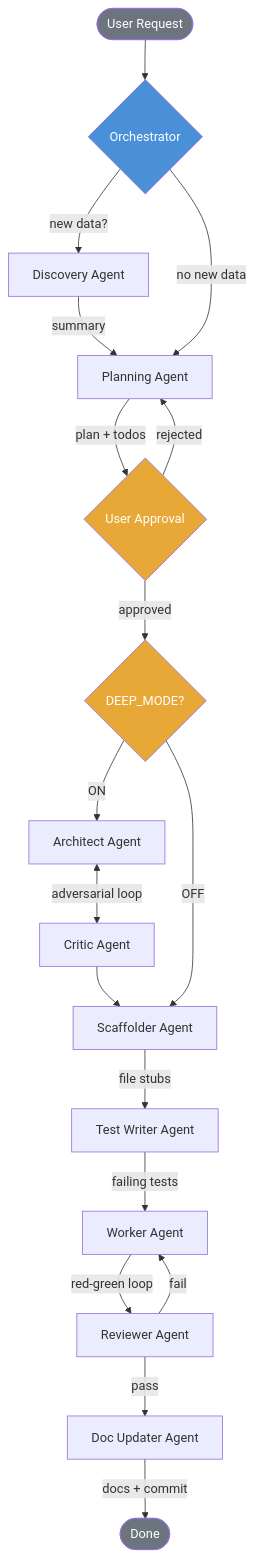
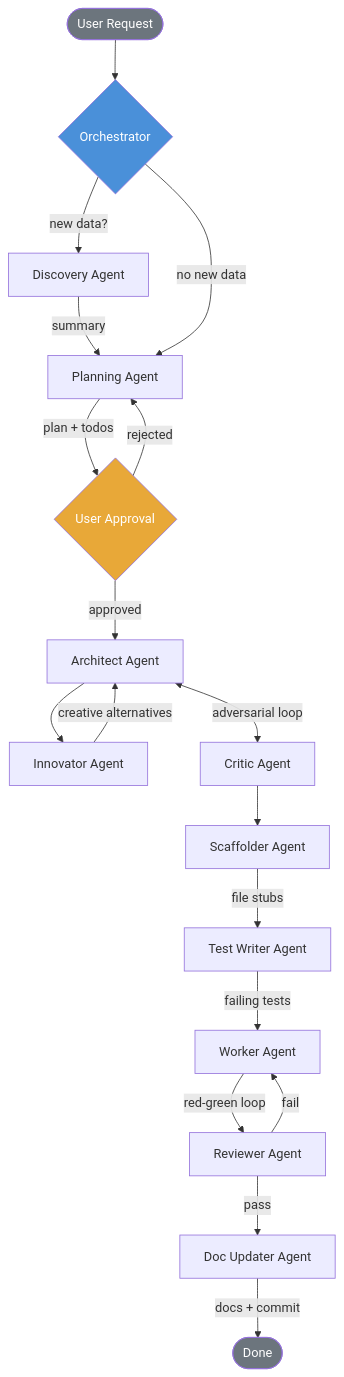
One commit to Doumajnik/template changed the first of 2 diagrams in README.md. Above: the diagram before and after it, drawn with Mermaid. The commit also changed 15 other files, not shown here.

````diff
--- a/README.md
+++ b/README.md
@@ -45,26 +45,25 @@
 ```mermaid
 flowchart TD
     U([User Request]) --> O{Orchestrator}
     O -->|new data?| D[Discovery Agent]
     D -->|summary| P
     O -->|no new data| P[Planning Agent]
     P -->|plan + todos| UA{User Approval}
     UA -->|rejected| P
-    UA -->|approved| DM{DEEP_MODE?}
-    DM -->|ON| A[Architect Agent]
+    UA -->|approved| A[Architect Agent]
+    A --> IN[Innovator Agent]
+    IN -->|creative alternatives| A
     A <-->|adversarial loop| C[Critic Agent]
-    C --> S
-    DM -->|OFF| S[Scaffolder Agent]
+    C --> S[Scaffolder Agent]
     S -->|file stubs| TW[Test Writer Agent]
     TW -->|failing tests| W[Worker Agent]
     W -->|red-green loop| R[Reviewer Agent]
     R -->|pass| DU[Doc Updater Agent]
     R -->|fail| W
     DU -->|docs + commit| Done([Done])
 
     style O fill:#4a90d9,color:#fff
     style U fill:#6c757d,color:#fff
     style Done fill:#6c757d,color:#fff
     style UA fill:#e8a838,color:#fff
-    style DM fill:#e8a838,color:#fff
 ```
````
